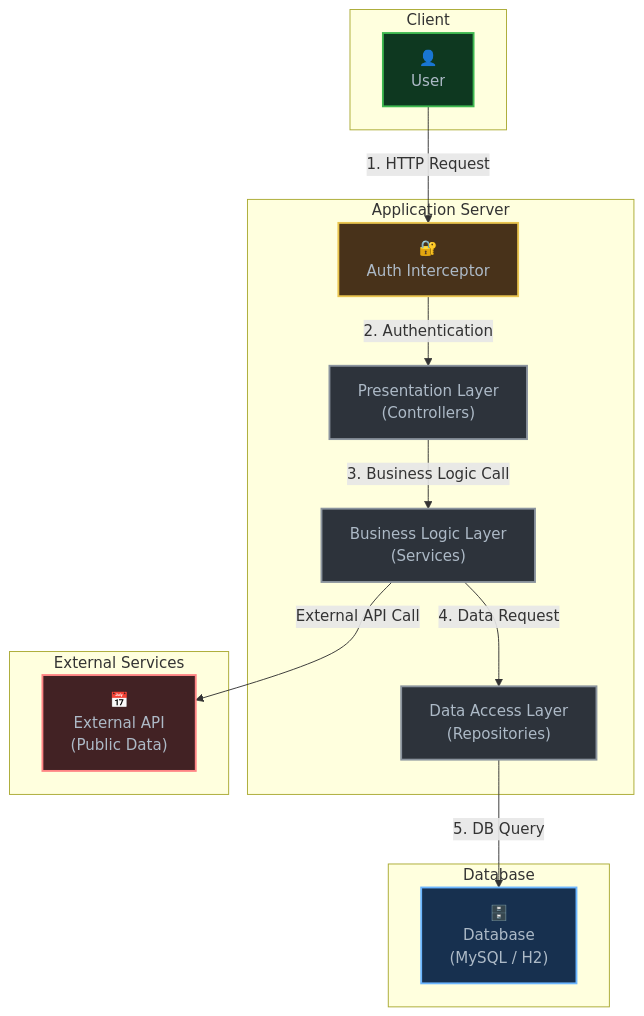
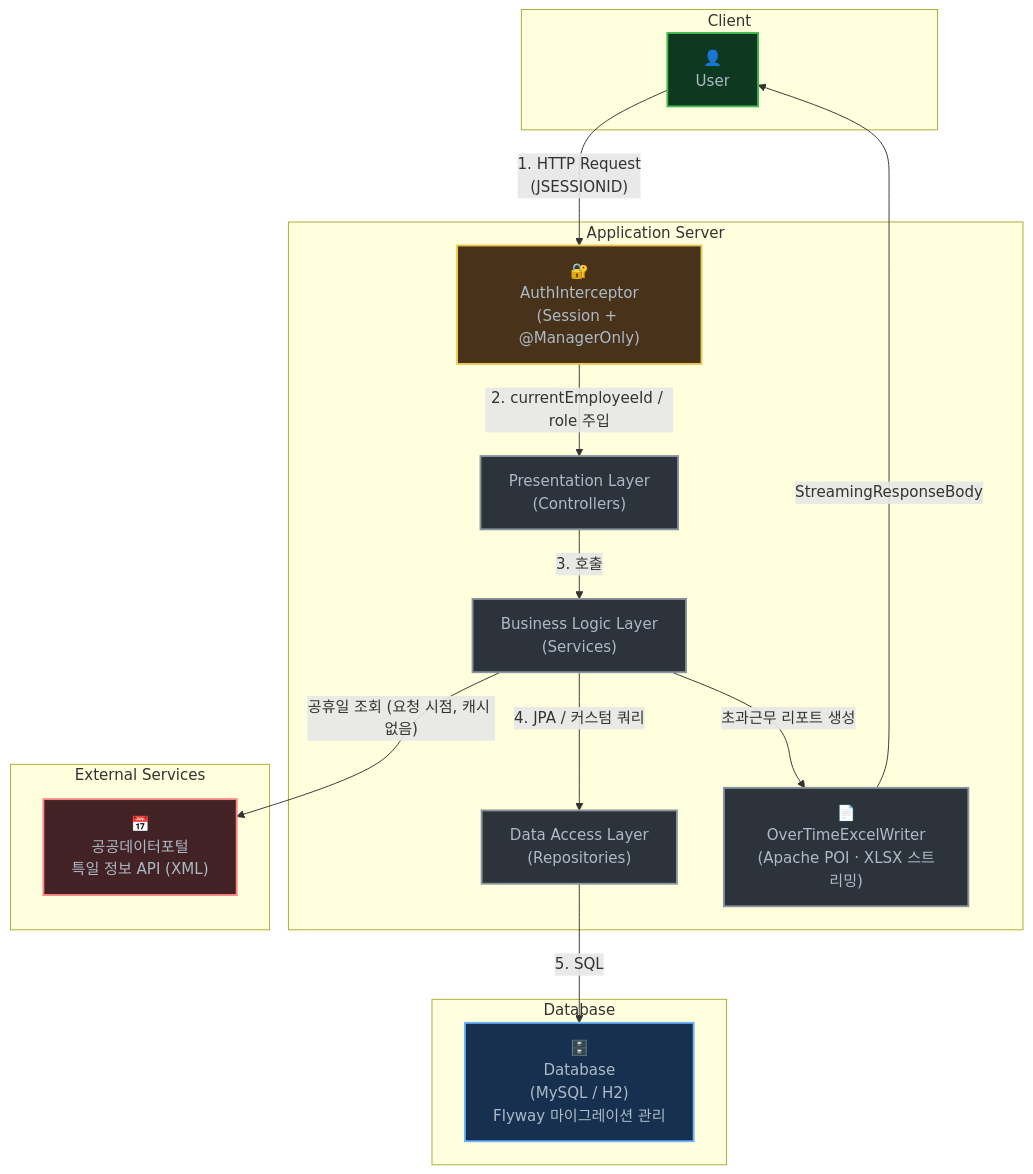
Before and after one commit to limhjun/office-commute: the second of 2 diagrams in README.md, drawn with Mermaid. The commit also changed other lines of this file, not shown here.

````diff
--- a/README.md
+++ b/README.md
@@ -124,44 +141,48 @@
 ```mermaid
 graph TD
     subgraph "Client"
         User["👤<br/>User"]
     end
 
     subgraph "Application Server"
-        Interceptor["🔐<br/>Auth Interceptor"]
+        Interceptor["🔐<br/>AuthInterceptor<br/>(Session + @ManagerOnly)"]
         Controllers["Presentation Layer<br/>(Controllers)"]
         Services["Business Logic Layer<br/>(Services)"]
         Repositories["Data Access Layer<br/>(Repositories)"]
+        Excel["📄<br/>OverTimeExcelWriter<br/>(Apache POI · XLSX 스트리밍)"]
     end
 
     subgraph "External Services"
-        ExternalAPI["📅<br/>External API<br/>(Public Data)"]
+        ExternalAPI["📅<br/>공공데이터포털<br/>특일 정보 API (XML)"]
     end
 
     subgraph "Database"
-        DB["🗄️<br/>Database<br/>(MySQL / H2)"]
+        DB["🗄️<br/>Database<br/>(MySQL / H2)<br/>Flyway 마이그레이션 관리"]
     end
 
     %% High-Level Flow
-    User -- "1. HTTP Request" --> Interceptor
-    Interceptor -- "2. Authentication" --> Controllers
-    Controllers -- "3. Business Logic Call" --> Services
-    Services -- "4. Data Request" --> Repositories
-    Repositories -- "5. DB Query" --> DB
-    
-    %% External Service Flow
-    Services -- "External API Call" --> ExternalAPI
+    User -- "1. HTTP Request<br/>(JSESSIONID)" --> Interceptor
+    Interceptor -- "2. currentEmployeeId / role 주입" --> Controllers
+    Controllers -- "3. 호출" --> Services
+    Services -- "4. JPA / 커스텀 쿼리" --> Repositories
+    Repositories -- "5. SQL" --> DB
+
+    %% External / Output Flow
+    Services -- "공휴일 조회 (요청 시점, 캐시 없음)" --> ExternalAPI
+    Services -- "초과근무 리포트 생성" --> Excel
+    Excel -- "StreamingResponseBody" --> User
 
 
     %% Styling (Dark Mode Friendly)
     classDef default fill:#2d333b,stroke:#8b949e,stroke-width:2px,color:#adbac7,border-radius:5px;
     classDef client fill:#0e3820,stroke:#3fb950;
     classDef external fill:#422224,stroke:#ff8585;
     classDef db fill:#17304f,stroke:#6cb6ff;
     classDef interceptor fill:#48321a,stroke:#eac54f;
     
     class User client;
     class ExternalAPI external;
     class DB db;
     class Interceptor interceptor;
+    class Excel default;
 ```
````
